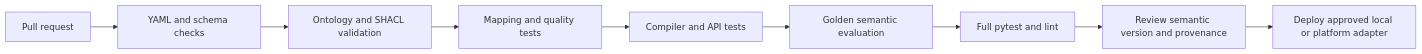
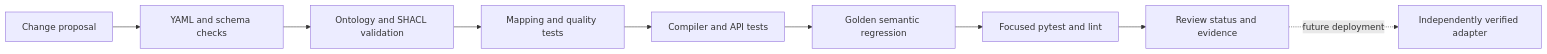
Before and after one commit to Sugumaran-Balasubramaniyan/enterprise-agentic-semantic-layer: the diagram in docs/implementation-plan.md, drawn with Mermaid. The commit also changed other lines of this file and 19 other files, not shown here.

````diff
--- a/docs/implementation-plan.md
+++ b/docs/implementation-plan.md
@@ -48,11 +45,11 @@
 ```mermaid
 flowchart LR
-    PR[Pull request] --> Y[YAML and schema checks]
+    PR[Change proposal] --> Y[YAML and schema checks]
     Y --> S[Ontology and SHACL validation]
     S --> M[Mapping and quality tests]
     M --> C[Compiler and API tests]
-    C --> G[Golden semantic evaluation]
-    G --> F[Full pytest and lint]
-    F --> R[Review semantic version and provenance]
-    R --> D[Deploy approved local or platform adapter]
+    C --> G[Golden semantic regression]
+    G --> F[Focused pytest and lint]
+    F --> R[Review status and evidence]
+    R -. future deployment .-> D[Independently verified adapter]
 ```
````
